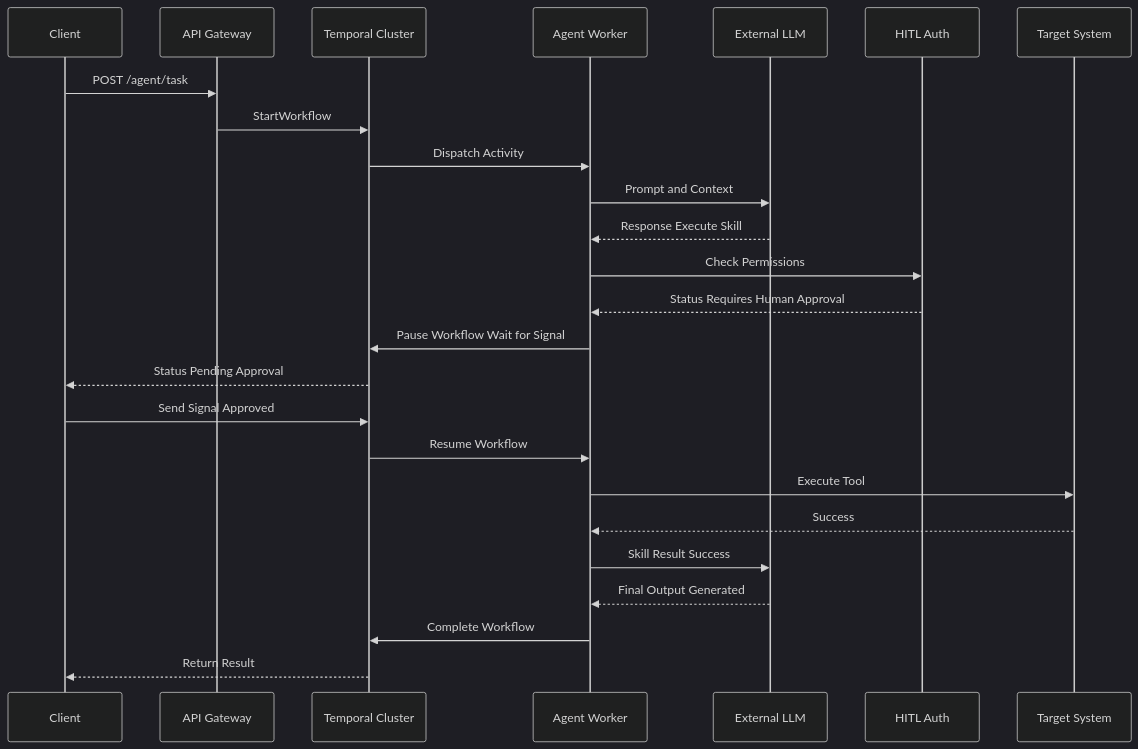
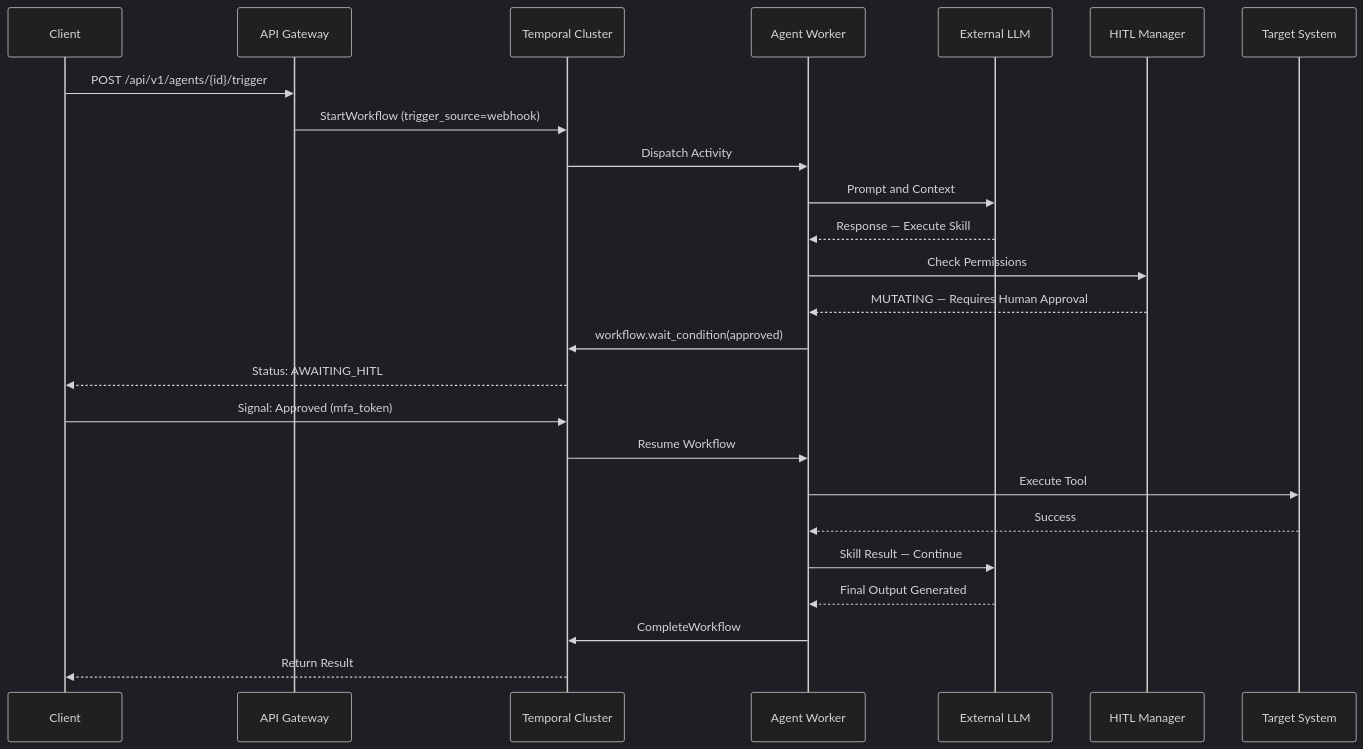
The fourth of 6 diagrams in architecture.md (rayarun/a1-agent-engine), drawn with Mermaid (dark theme) before and after one commit. The commit also changed other lines of this file and 2 other files, not shown here.

First line of the commit message:
Arch: Enforce database-per-service pattern and expand py-agent-core design

````diff
--- a/architecture.md
+++ b/architecture.md
@@ -171,29 +224,29 @@
 ```mermaid
 sequenceDiagram
     participant Client as Client
     participant Gateway as API Gateway
     participant Temp as Temporal Cluster
     participant Worker as Agent Worker
     participant LLM as External LLM
-    participant Auth as HITL Auth
+    participant Auth as HITL Manager
     participant Tool as Target System
 
-    Client->>Gateway: POST /agent/task
-    Gateway->>Temp: StartWorkflow
+    Client->>Gateway: POST /api/v1/agents/{id}/trigger
+    Gateway->>Temp: StartWorkflow (trigger_source=webhook)
     Temp->>Worker: Dispatch Activity
     Worker->>LLM: Prompt and Context
-    LLM-->>Worker: Response Execute Skill
+    LLM-->>Worker: Response — Execute Skill
     Worker->>Auth: Check Permissions
-    Auth-->>Worker: Status Requires Human Approval
-    Worker->>Temp: Pause Workflow Wait for Signal
-    Temp-->>Client: Status Pending Approval
-    
-    Client->>Temp: Send Signal Approved
+    Auth-->>Worker: MUTATING — Requires Human Approval
+    Worker->>Temp: workflow.wait_condition(approved)
+    Temp-->>Client: Status: AWAITING_HITL
+
+    Client->>Temp: Signal: Approved (mfa_token)
     Temp->>Worker: Resume Workflow
     Worker->>Tool: Execute Tool
     Tool-->>Worker: Success
-    Worker->>LLM: Skill Result Success
+    Worker->>LLM: Skill Result — Continue
     LLM-->>Worker: Final Output Generated
-    Worker->>Temp: Complete Workflow
+    Worker->>Temp: CompleteWorkflow
     Temp-->>Client: Return Result
 ```
````
